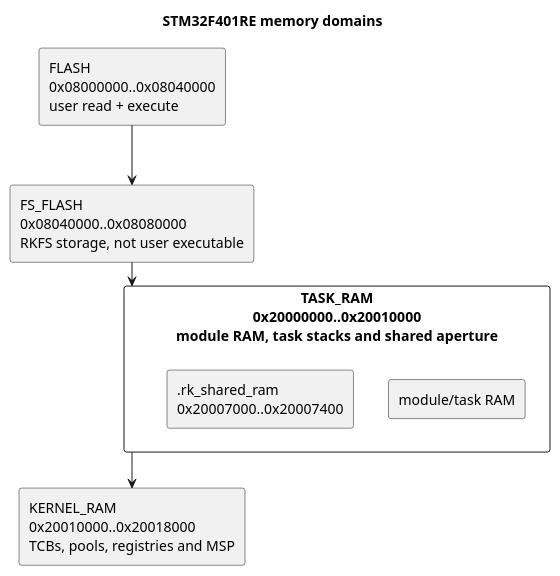
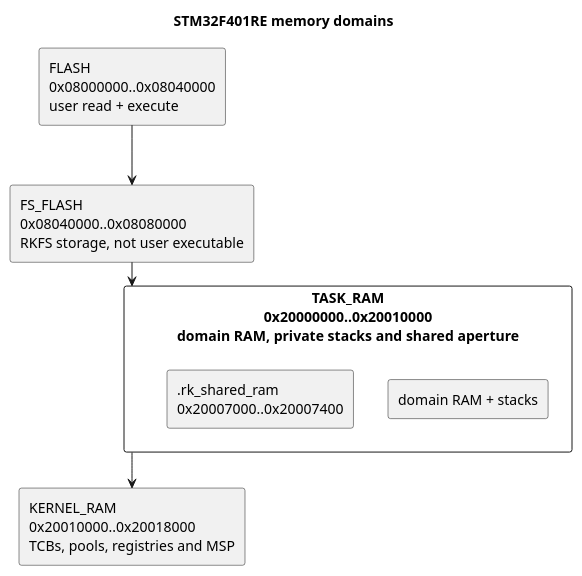
One commit to antoniogiacomelli/RK01 changed the diagram in docs/readme_memory_model.puml. Above: the diagram before and after it, drawn with PlantUML. The commit also changed 63 other files, not shown here.

```diff
--- a/docs/readme_memory_model.puml
+++ b/docs/readme_memory_model.puml
@@ -2,18 +2,18 @@
 @startuml
 title STM32F401RE memory domains
 skinparam monochrome true
 
 rectangle "FLASH\n0x08000000..0x08040000\nuser read + execute" as Flash
 rectangle "FS_FLASH\n0x08040000..0x08080000\nRKFS storage, not user executable" as FsFlash
 
-rectangle "TASK_RAM\n0x20000000..0x20010000\nmodule RAM, task stacks and shared aperture" as TaskRam {
-  rectangle "module/task RAM" as ModuleRam
+rectangle "TASK_RAM\n0x20000000..0x20010000\ndomain RAM, private stacks and shared aperture" as TaskRam {
+  rectangle "domain RAM + stacks" as DomainRam
   rectangle ".rk_shared_ram\n0x20007000..0x20007400" as SharedRam
 }
 
 rectangle "KERNEL_RAM\n0x20010000..0x20018000\nTCBs, pools, registries and MSP" as KernelRam
 
 Flash -down-> FsFlash
 FsFlash -down-> TaskRam
 TaskRam -down-> KernelRam
 @enduml
```
